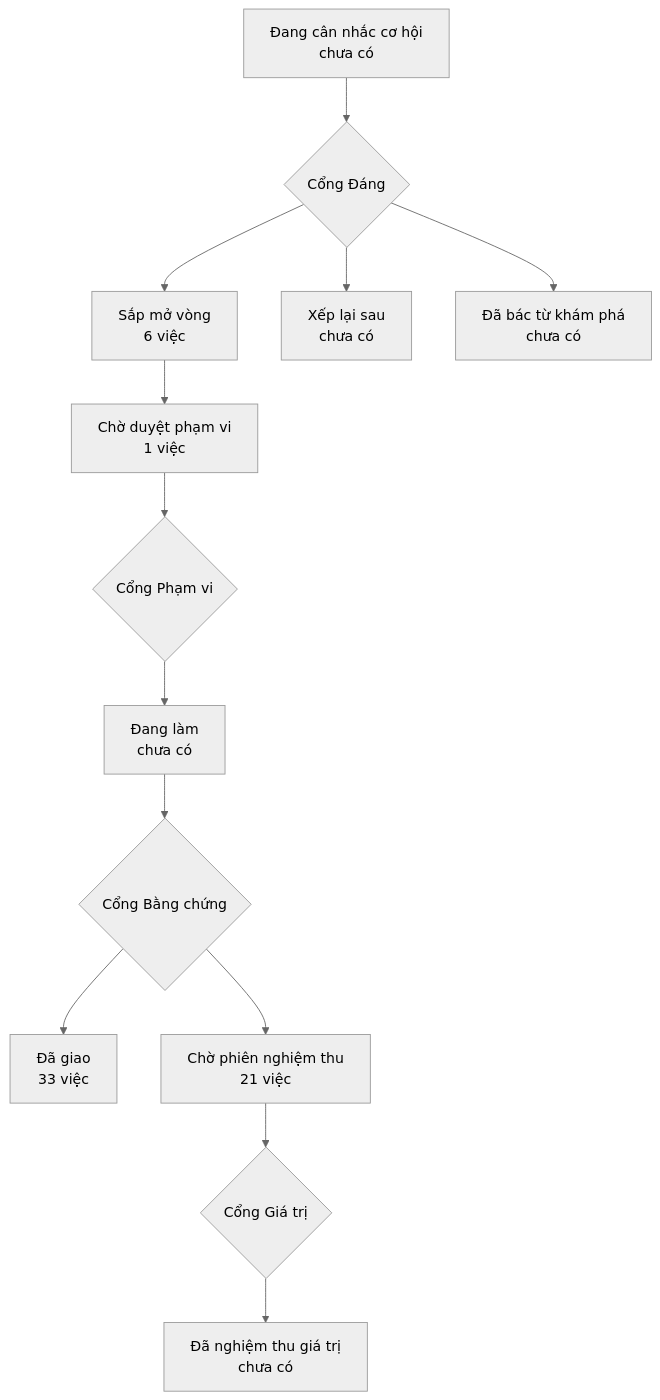
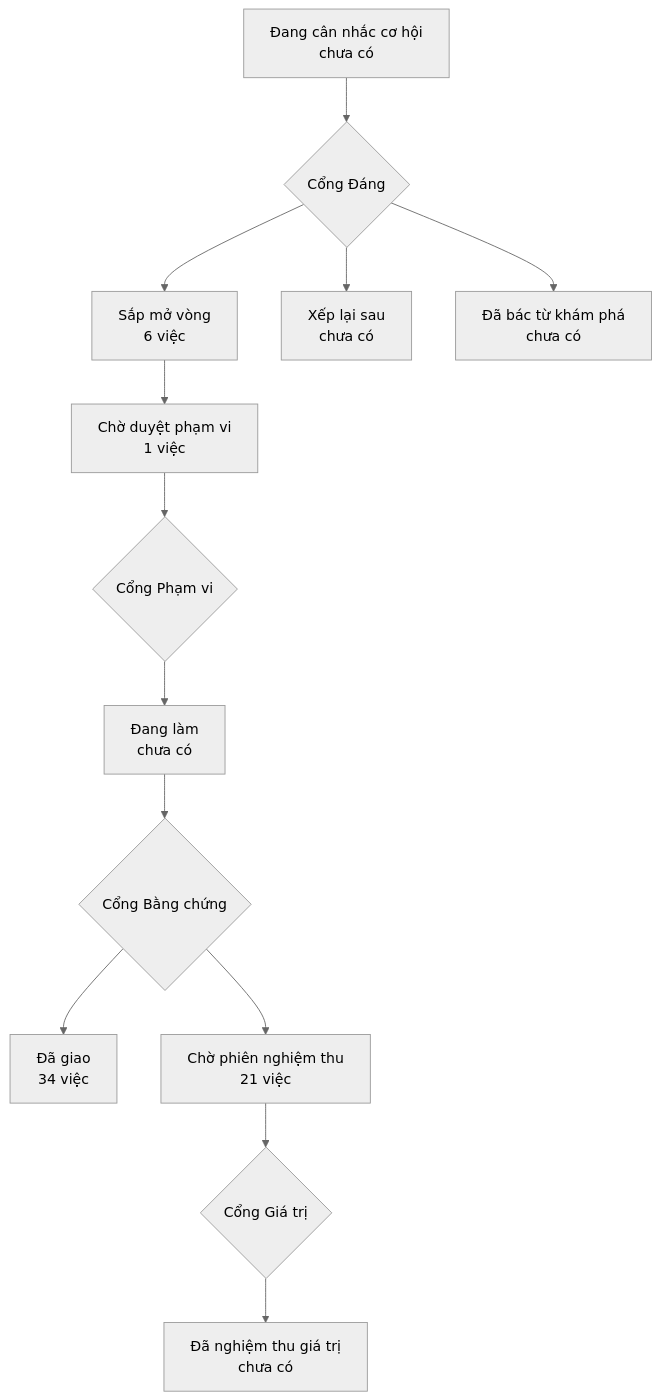
One commit to phanlemanh/onehub-invest changed the diagram in PRODUCT-MAP.md. Above: the diagram before and after it, drawn with Mermaid (neutral theme). The commit also changed other lines of this file and 1 other file, not shown here.

Commit message:
chore(lo-trinh): vẽ lại bản đồ sau gộp main #75

````diff
--- a/PRODUCT-MAP.md
+++ b/PRODUCT-MAP.md
@@ -7,12 +7,12 @@
 ```mermaid
 flowchart TD
   A["Đang cân nhắc cơ hội<br/>chưa có"] --> GD{"Cổng Đáng"}
   GD --> B["Sắp mở vòng<br/>6 việc"]
   GD --> XL["Xếp lại sau<br/>chưa có"]
   GD --> DB["Đã bác từ khám phá<br/>chưa có"]
   B --> CD["Chờ duyệt phạm vi<br/>1 việc"] --> GP{"Cổng Phạm vi"}
   GP --> DL["Đang làm<br/>chưa có"] --> GB{"Cổng Bằng chứng"}
-  GB --> DG["Đã giao<br/>33 việc"]
+  GB --> DG["Đã giao<br/>34 việc"]
   GB --> CN["Chờ phiên nghiệm thu<br/>21 việc"] --> GG{"Cổng Giá trị"}
   GG --> NT["Đã nghiệm thu giá trị<br/>chưa có"]
 ```
````
